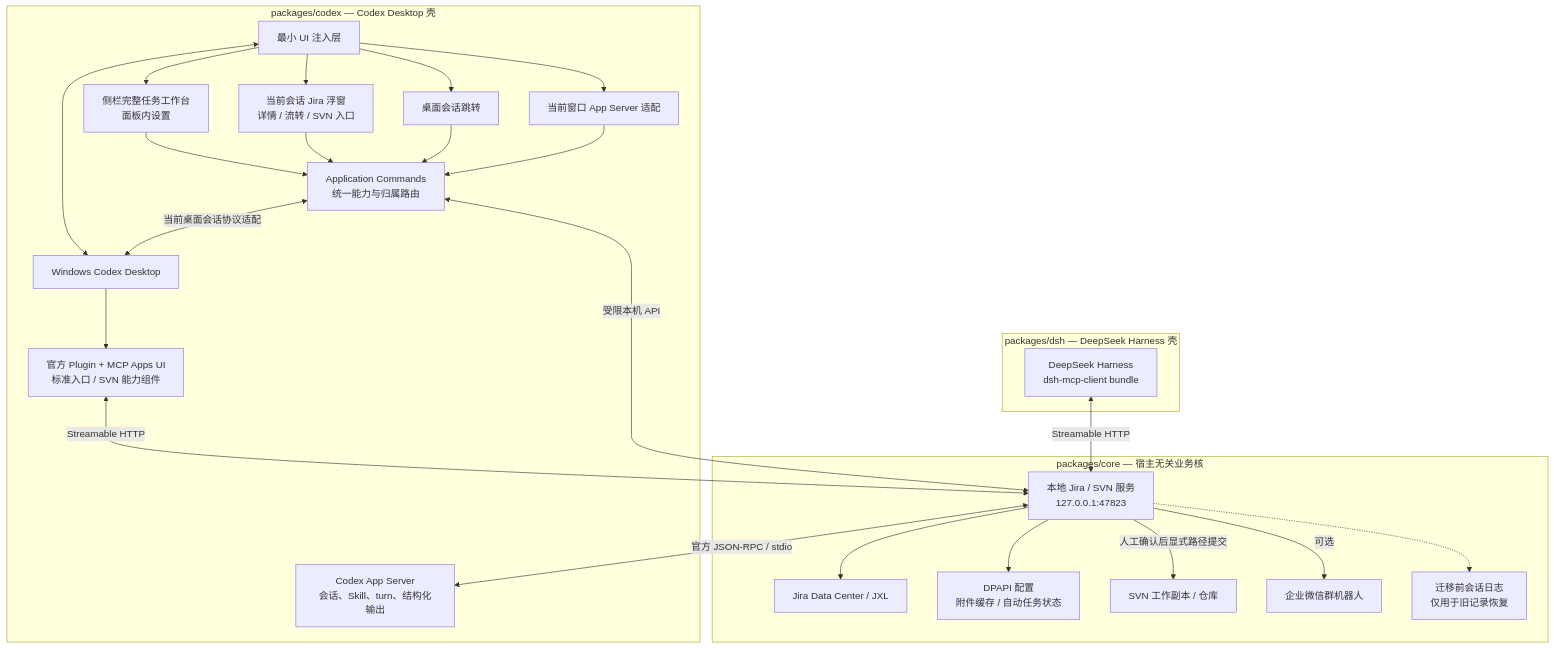
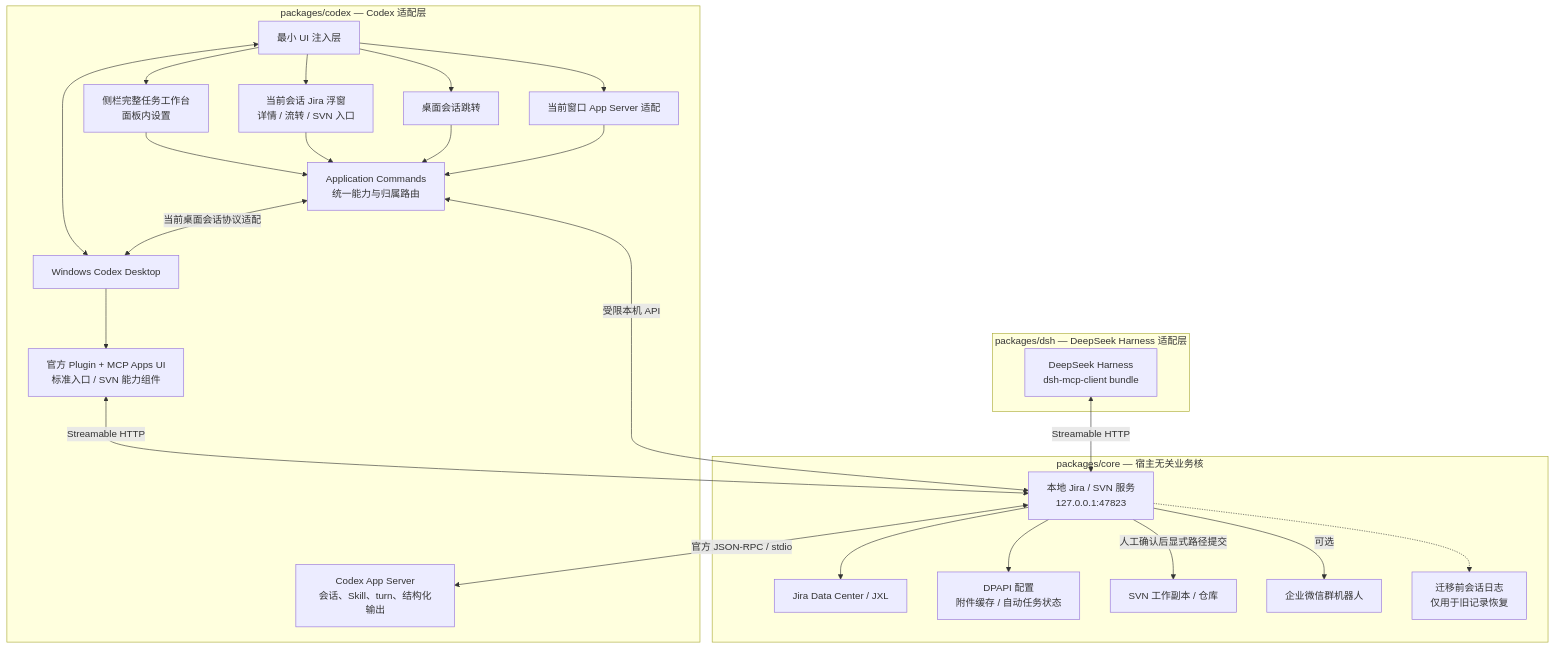
The diagram in README.md (yzj555/jira-codex-panel-poc), drawn with Mermaid before and after one commit. The commit also changed other lines of this file, not shown here.

```diff
--- a/README.md
+++ b/README.md
@@ -488,33 +496,33 @@
 ~~~mermaid
 flowchart TB
     subgraph Core["packages/core — 宿主无关业务核"]
         Server["本地 Jira / SVN 服务<br/>127.0.0.1:47823"]
         Server --> Jira["Jira Data Center / JXL"]
         Server --> UserData["DPAPI 配置<br/>附件缓存 / 自动任务状态"]
         Server -->|人工确认后显式路径提交| SVN["SVN 工作副本 / 仓库"]
         Server -->|可选| WeCom["企业微信群机器人"]
         Server -.-> LegacySessions["迁移前会话日志<br/>仅用于旧记录恢复"]
     end
 
-    subgraph CodexShell["packages/codex — Codex Desktop 壳"]
+    subgraph CodexShell["packages/codex — Codex 适配层"]
         Codex["Windows Codex Desktop"] --> Plugin["官方 Plugin + MCP Apps UI<br/>标准入口 / SVN 能力组件"]
         Plugin <-->|Streamable HTTP| Server
         Server <-->|官方 JSON-RPC / stdio| AppServer["Codex App Server<br/>会话、Skill、turn、结构化输出"]
         Injector["最小 UI 注入层"] <--> Codex
         Injector --> Sidebar["侧栏完整任务工作台<br/>面板内设置"]
         Injector --> Float["当前会话 Jira 浮窗<br/>详情 / 流转 / SVN 入口"]
         Injector --> Navigation["桌面会话跳转"]
         Injector --> DesktopAdapter["当前窗口 App Server 适配"]
         Sidebar --> Commands["Application Commands<br/>统一能力与归属路由"]
         Float --> Commands
         Navigation --> Commands
         DesktopAdapter --> Commands
         Commands <-->|受限本机 API| Server
         Commands <-->|当前桌面会话协议适配| Codex
     end
 
-    subgraph DSHShell["packages/dsh — DeepSeek Harness 壳"]
+    subgraph DSHShell["packages/dsh — DeepSeek Harness 适配层"]
         DSH["DeepSeek Harness<br/>dsh-mcp-client bundle"]
         DSH <-->|Streamable HTTP| Server
     end
 ~~~
```
